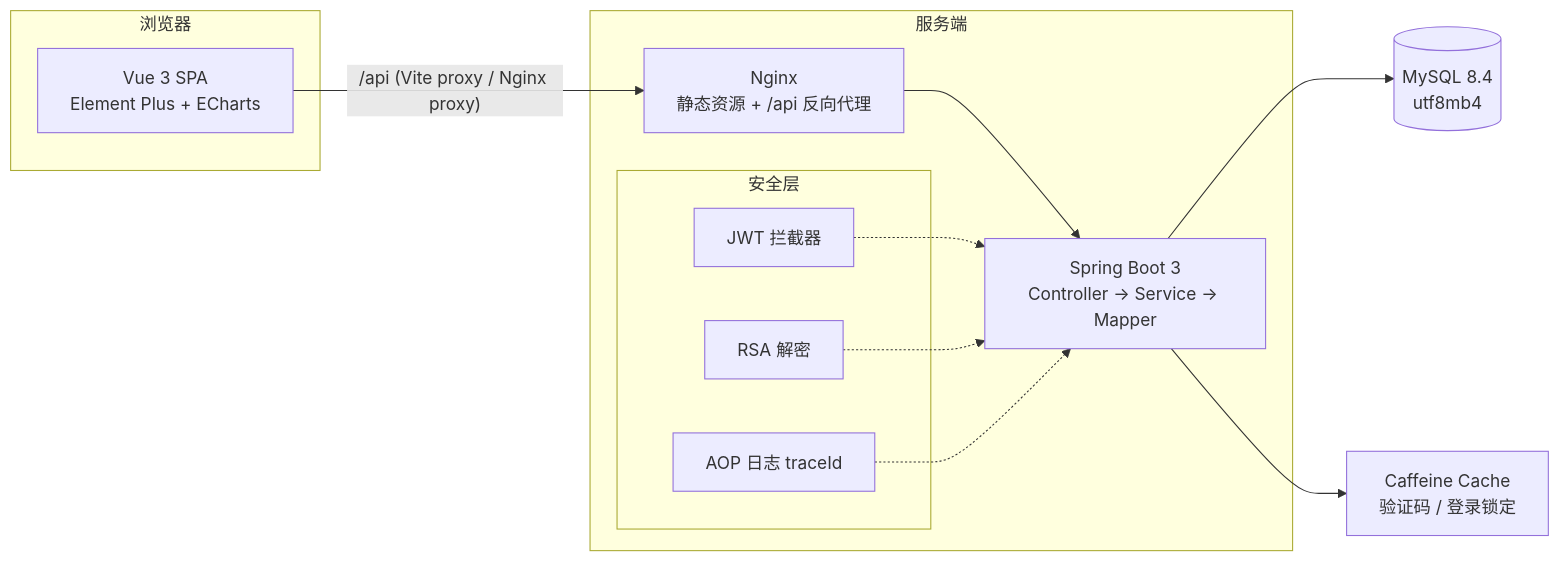
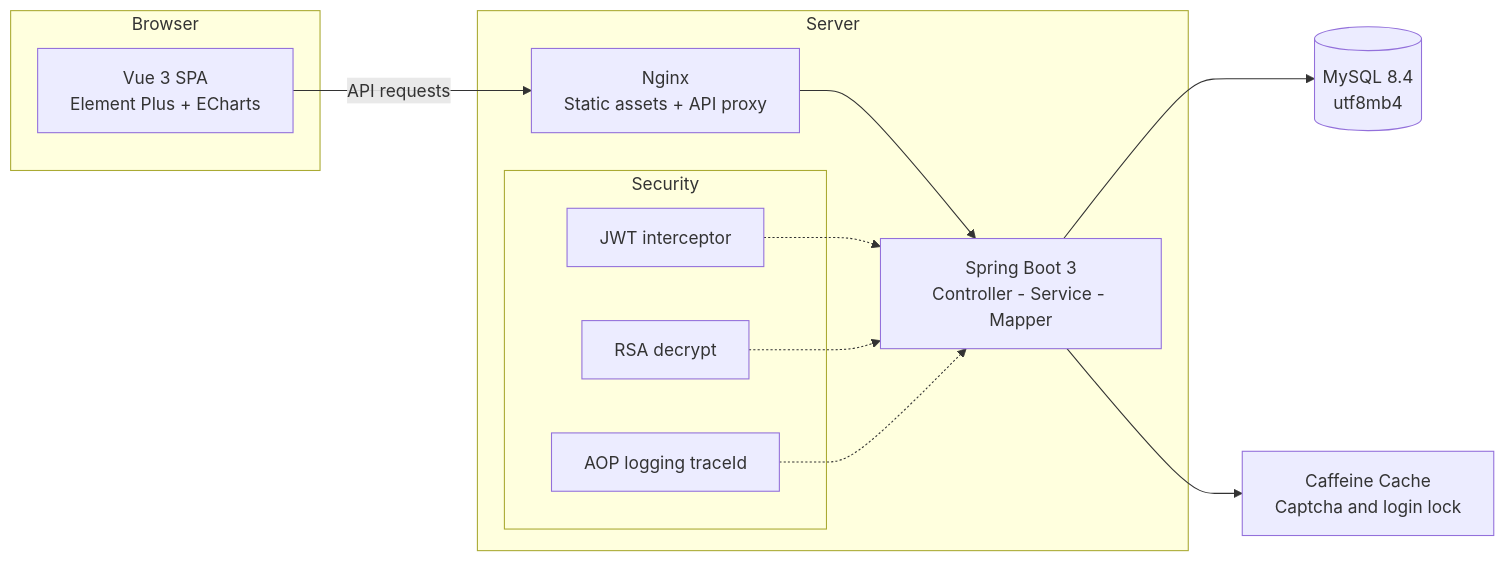
Before and after one commit to GOOD-123-CPU/green-cert-trading: the diagram in README.md, drawn with Mermaid.

Commit message:
Fix README architecture diagram rendering

````diff
--- a/README.md
+++ b/README.md
@@ -51,25 +51,25 @@
 ```mermaid
 flowchart LR
-    subgraph Client["浏览器"]
+    subgraph Client["Browser"]
         FE["Vue 3 SPA<br/>Element Plus + ECharts"]
     end
-    subgraph Server["服务端"]
-        NG["Nginx<br/>静态资源 + /api 反向代理"]
-        API["Spring Boot 3<br/>Controller → Service → Mapper"]
-        subgraph Security["安全层"]
-            JWT["JWT 拦截器"]
-            RSA["RSA 解密"]
-            LOG["AOP 日志 traceId"]
+    subgraph Server["Server"]
+        NG["Nginx<br/>Static assets + API proxy"]
+        API["Spring Boot 3<br/>Controller - Service - Mapper"]
+        subgraph Security["Security"]
+            JWT["JWT interceptor"]
+            RSA["RSA decrypt"]
+            LOG["AOP logging traceId"]
         end
     end
-    DB[("MySQL 8.4<br/>utf8mb4")]
-    CACHE["Caffeine Cache<br/>验证码 / 登录锁定"]
+    DB[(MySQL 8.4<br/>utf8mb4)]
+    CACHE["Caffeine Cache<br/>Captcha and login lock"]
 
-    FE -->|"/api (Vite proxy / Nginx proxy)"| NG
+    FE -->|API requests| NG
     NG --> API
     API --> DB
     API --> CACHE
     JWT -.-> API
     RSA -.-> API
     LOG -.-> API
 ```
````
